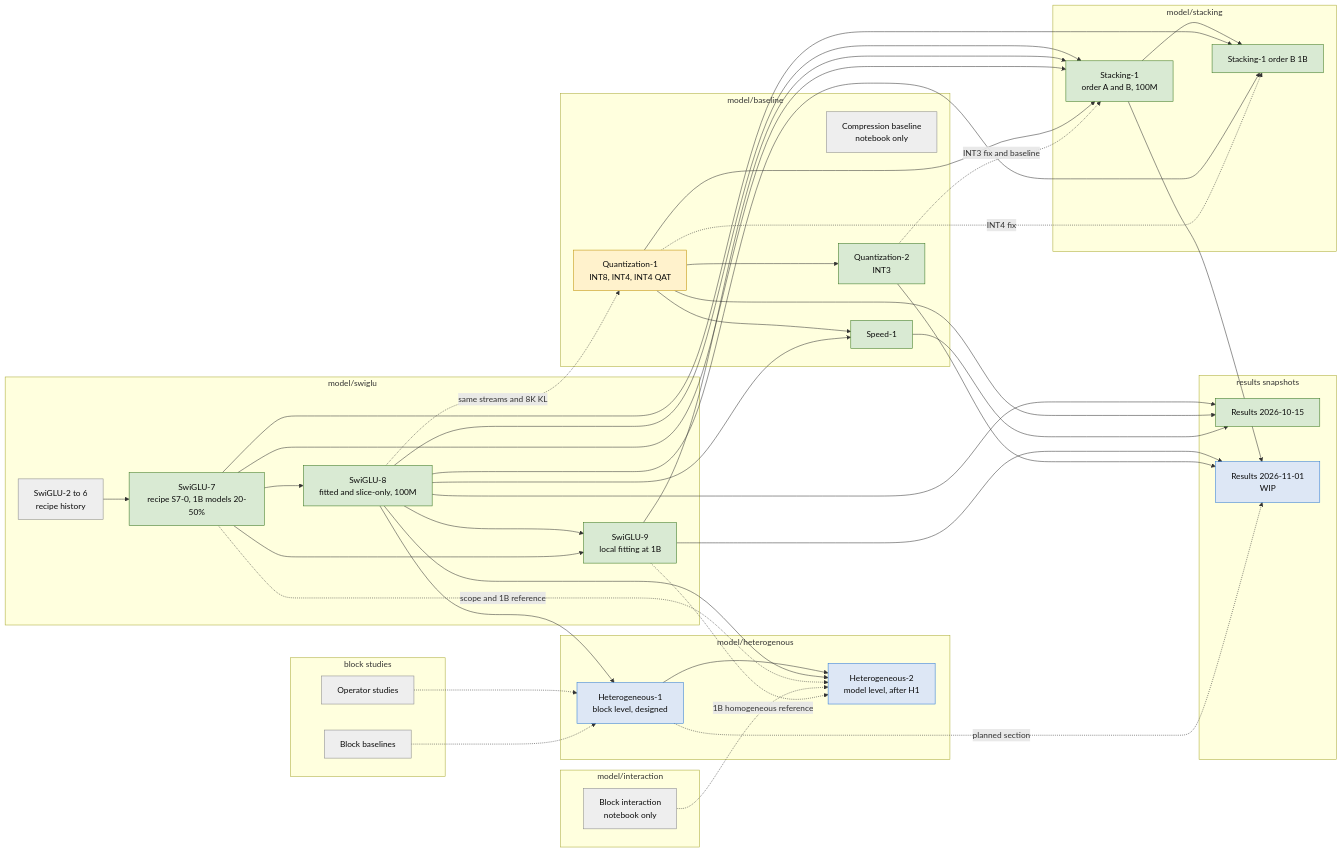
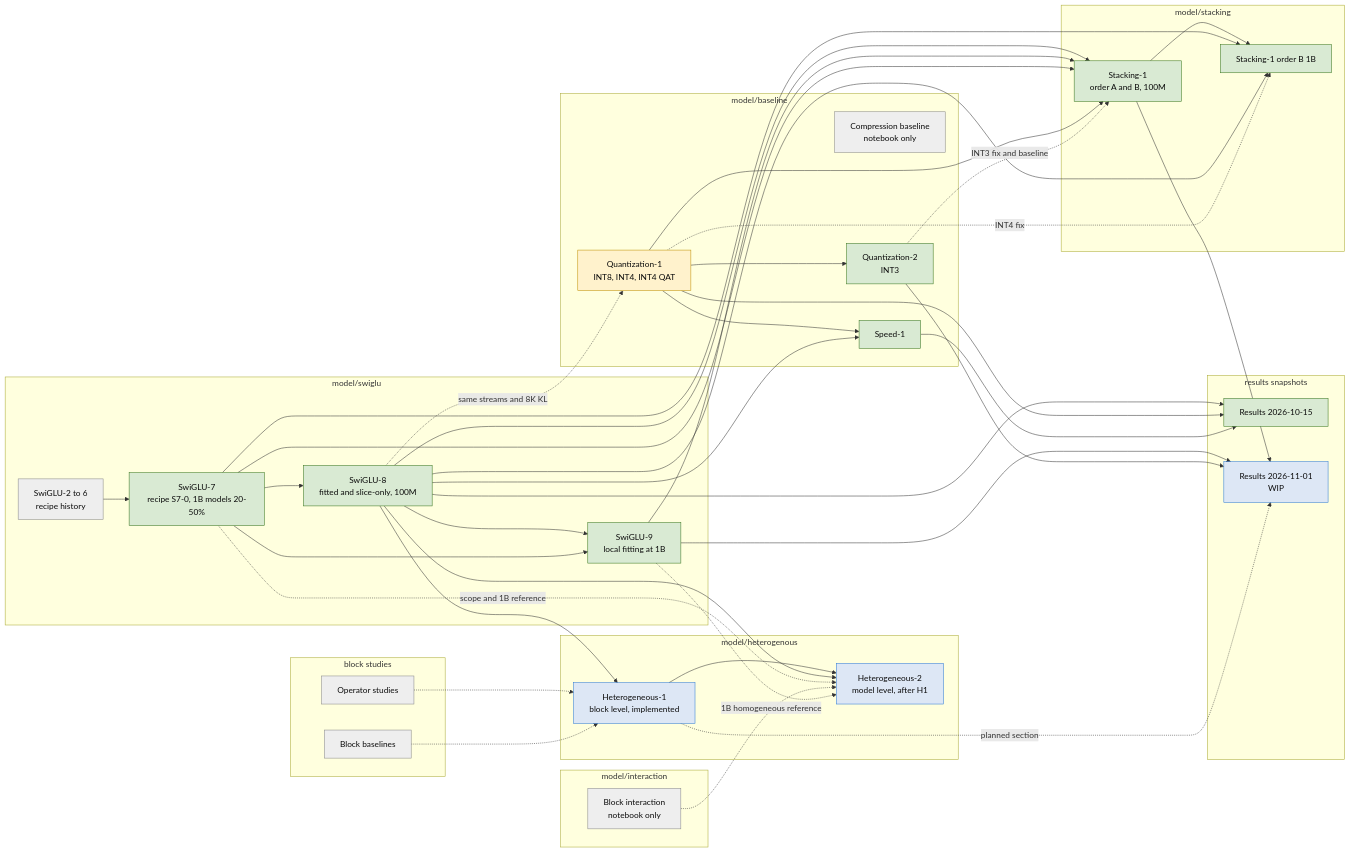
Before and after one commit to Sammuel21/diploma-thesis-block-replacement: the second of 2 diagrams in docs/experiments/dependencies.md, drawn with Mermaid. The commit also changed other lines of this file and 19 other files, not shown here.

````diff
--- a/docs/experiments/dependencies.md
+++ b/docs/experiments/dependencies.md
@@ -30,71 +30,71 @@
 ```mermaid
 flowchart LR
   classDef done fill:#d9ead3,stroke:#38761d,color:#0b0b0b
   classDef running fill:#fff2cc,stroke:#bf9000,color:#0b0b0b
   classDef planned fill:#dde7f5,stroke:#2a78d6,color:#0b0b0b
   classDef historical fill:#eeeeee,stroke:#888888,color:#0b0b0b
 
   subgraph block[block studies]
     BB[Block baselines]
     BO[Operator studies]
   end
   subgraph swiglu[model/swiglu]
     S26[SwiGLU-2 to 6<br/>recipe history] --> S7[SwiGLU-7<br/>recipe S7-0, 1B models 20-50%]
     S7 --> S8[SwiGLU-8<br/>fitted and slice-only, 100M]
     S8 --> S9[SwiGLU-9<br/>local fitting at 1B]
     S7 --> S9
   end
   subgraph baseline[model/baseline]
     CB[Compression baseline<br/>notebook only]
     Q1[Quantization-1<br/>INT8, INT4, INT4 QAT]
     Q2[Quantization-2<br/>INT3]
     SP1[Speed-1]
     Q1 --> Q2
   end
   subgraph stacking[model/stacking]
     ST1[Stacking-1<br/>order A and B, 100M]
     ST1B[Stacking-1 order B 1B]
     ST1 --> ST1B
   end
   subgraph interaction[model/interaction]
     BI[Block interaction<br/>notebook only]
   end
   subgraph hetero[model/heterogenous]
-    H1[Heterogeneous-1<br/>block level, designed] --> H2[Heterogeneous-2<br/>model level, after H1]
+    H1[Heterogeneous-1<br/>block level, implemented] --> H2[Heterogeneous-2<br/>model level, after H1]
   end
   subgraph reports[results snapshots]
     R1[Results 2026-10-15]
     R2[Results 2026-11-01<br/>WIP]
   end
 
   S8 -. same streams and 8K KL .-> Q1
   S8 --> ST1
   S9 --> ST1
   S7 --> ST1
   Q1 --> ST1
   Q2 -. INT3 fix and baseline .-> ST1
   S7 --> ST1B
   S8 --> ST1B
   Q1 -. INT4 fix .-> ST1B
   Q1 --> SP1
   S8 --> SP1
   BO -.-> H1
   BB -.-> H1
   S8 --> H1
   S8 --> H2
   S7 -. scope and 1B reference .-> H2
   BI -.-> H2
   S9 -. 1B homogeneous reference .-> H2
   S8 --> R1
   Q1 --> R1
   SP1 --> R1
   S9 --> R2
   ST1 --> R2
   Q2 --> R2
   H1 -. planned section .-> R2
 
   class S7,S8,S9,Q2,SP1,R1,ST1,ST1B done
   class Q1 running
   class H1,H2,R2 planned
   class S26,BB,BO,CB,BI historical
 ```
````
